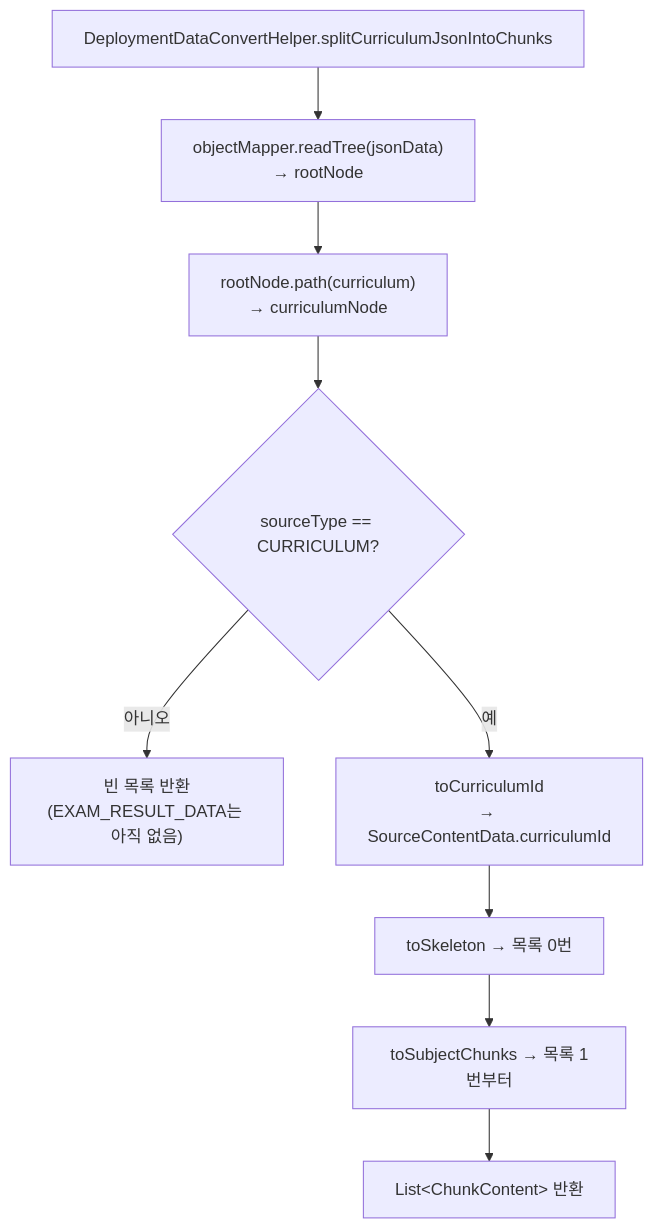
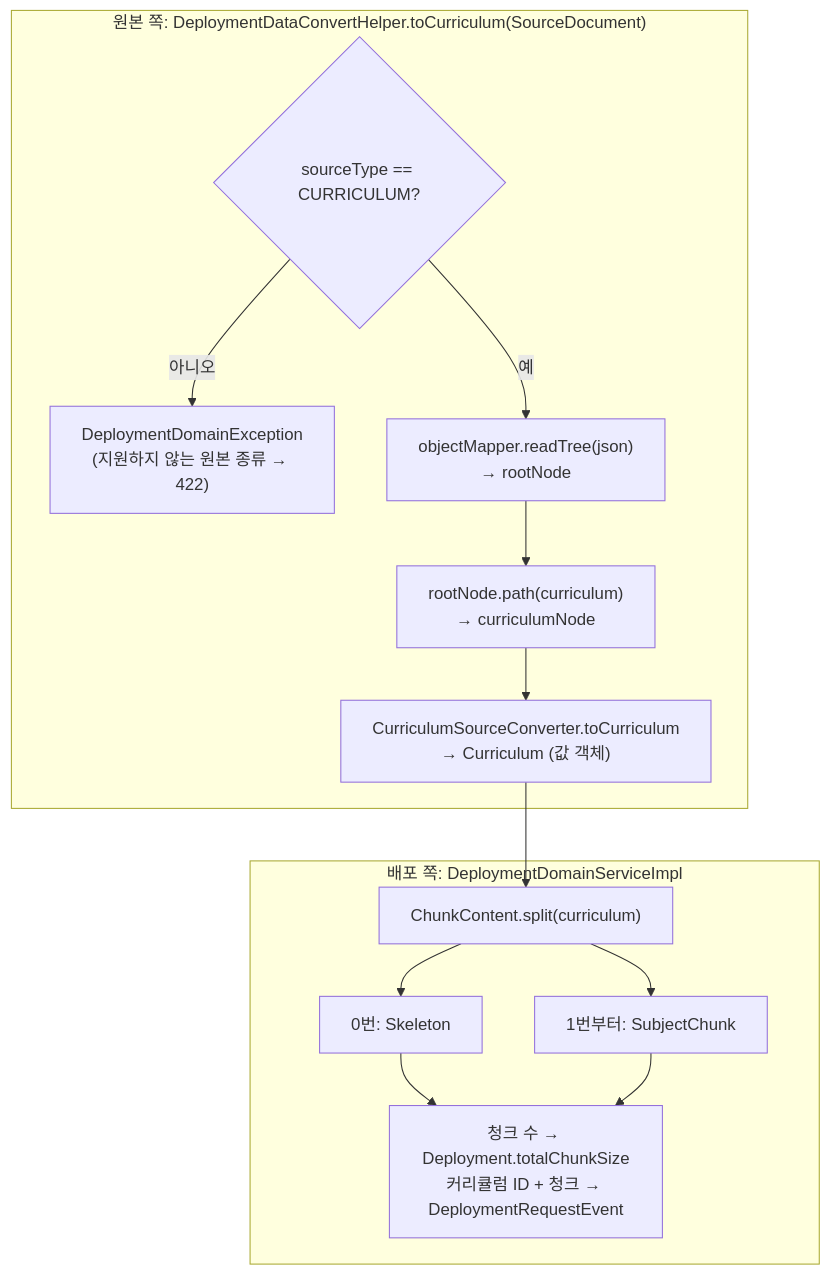
Before and after one commit to brunosong/transfersystem: the tenth of 15 diagrams in docs/system/source-read.md, drawn with Mermaid. The commit also changed other lines of this file and 3 other files, not shown here.

````diff
--- a/docs/system/source-read.md
+++ b/docs/system/source-read.md
@@ -287,11 +289,17 @@
 ```mermaid
 flowchart TD
-  A["DeploymentDataConvertHelper.splitCurriculumJsonIntoChunks"] --> B["objectMapper.readTree(jsonData)<br/>→ rootNode"]
-  B --> C["rootNode.path(curriculum)<br/>→ curriculumNode"]
-  C --> D{"sourceType == CURRICULUM?"}
-  D -- 아니오 --> E["빈 목록 반환<br/>(EXAM_RESULT_DATA는 아직 없음)"]
-  D -- 예 --> F["toCurriculumId<br/>→ SourceContentData.curriculumId"]
-  F --> G["toSkeleton → 목록 0번"]
-  G --> H["toSubjectChunks → 목록 1번부터"]
-  H --> I["List&lt;ChunkContent&gt; 반환"]
+  subgraph SRC["원본 쪽: DeploymentDataConvertHelper.toCurriculum(SourceDocument)"]
+    D{"sourceType == CURRICULUM?"}
+    D -- 아니오 --> E["DeploymentDomainException<br/>(지원하지 않는 원본 종류 → 422)"]
+    D -- 예 --> B["objectMapper.readTree(json)<br/>→ rootNode"]
+    B --> C["rootNode.path(curriculum)<br/>→ curriculumNode"]
+    C --> F["CurriculumSourceConverter.toCurriculum<br/>→ Curriculum (값 객체)"]
+  end
+  subgraph DEP["배포 쪽: DeploymentDomainServiceImpl"]
+    F --> G["ChunkContent.split(curriculum)"]
+    G --> H["0번: Skeleton"]
+    G --> I["1번부터: SubjectChunk"]
+    H --> J["청크 수 → Deployment.totalChunkSize<br/>커리큘럼 ID + 청크 → DeploymentRequestEvent"]
+    I --> J
+  end
 ```
````
